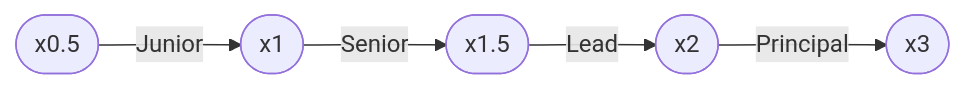
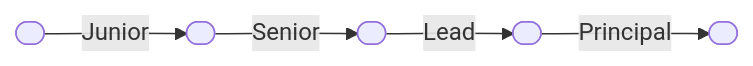
One commit to mouseless/mouseless.codes changed the second of 2 diagrams in about.md. Above: the diagram before and after it, drawn with Mermaid. The commit also changed other lines of this file and 10 other files, not shown here.

````diff
--- a/about.md
+++ b/about.md
@@ -120,13 +128,13 @@
 ```mermaid
 flowchart LR
-    1([x0.5])
-    2([x1])
-    3([x1.5])
-    4([x2])
-    5([x3])
+    1([ ])
+    2([ ])
+    3([ ])
+    4([ ])
+    5([ ])
 
     1 --Junior--> 2
     2 --Senior--> 3
     3 --Lead--> 4
     4 --Principal--> 5
 ```
````
